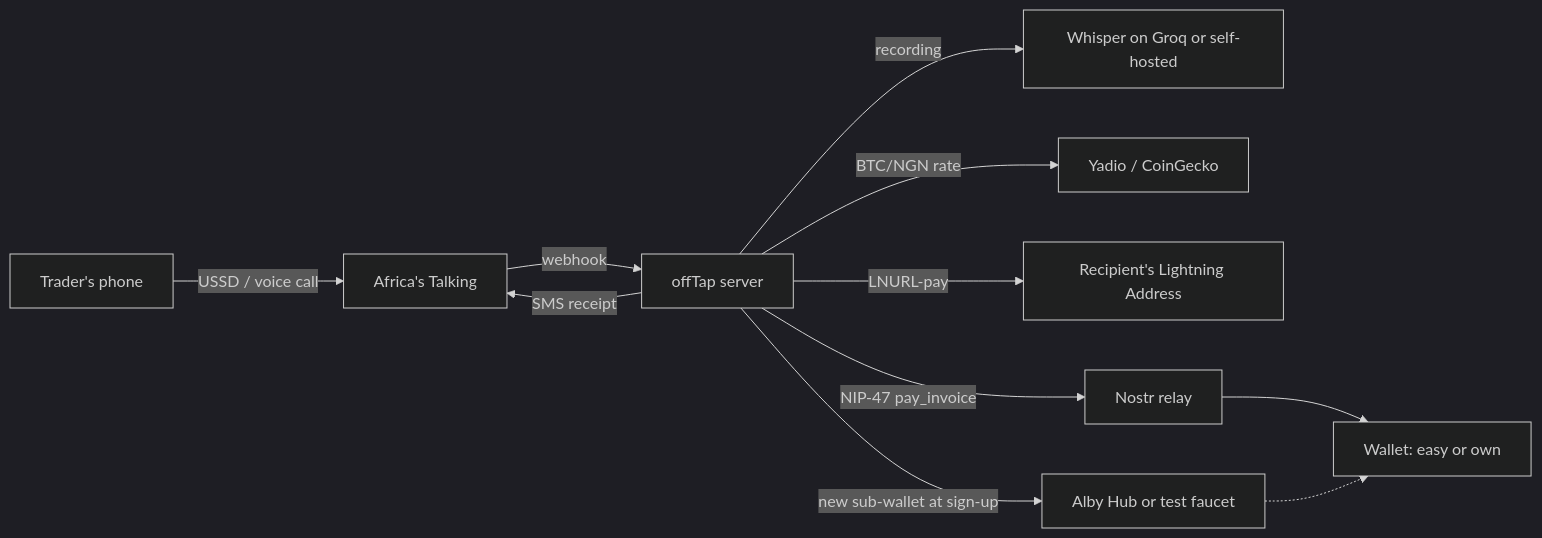
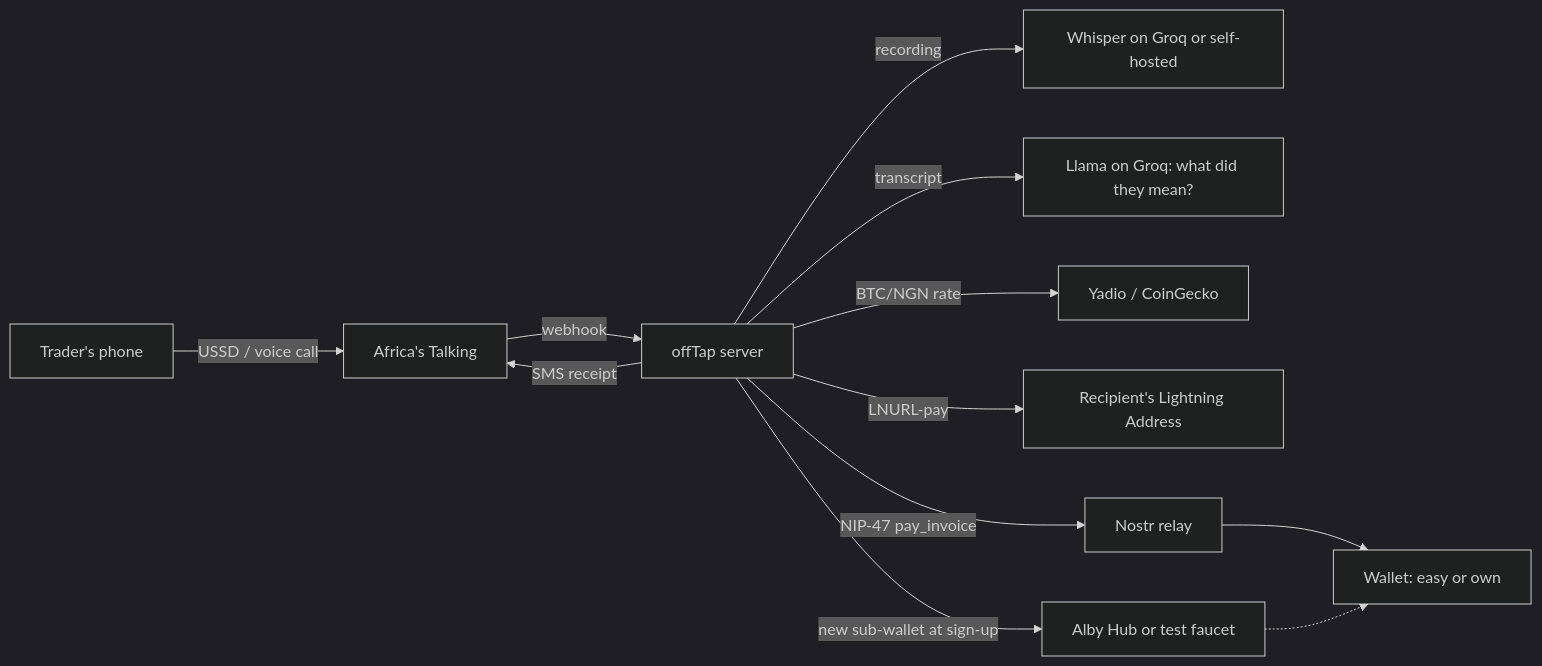
One commit to Alkamal01/offTap changed the diagram in README.md. Above: the diagram before and after it, drawn with Mermaid (dark theme). The commit also changed other lines of this file and 3 other files, not shown here.

````diff
--- a/README.md
+++ b/README.md
@@ -48,13 +54,14 @@
 ```mermaid
 flowchart LR
     phone[Trader's phone] -->|USSD / voice call| at[Africa's Talking]
     at -->|webhook| api[offTap server]
     api -->|recording| stt[Whisper on Groq or self-hosted]
+    api -->|transcript| llm[Llama on Groq: what did they mean?]
     api -->|BTC/NGN rate| oracle[Yadio / CoinGecko]
     api -->|LNURL-pay| recipient[Recipient's Lightning Address]
     api -->|NIP-47 pay_invoice| relay[Nostr relay]
     relay --> wallet[Wallet: easy or own]
     api -->|new sub-wallet at sign-up| hub[Alby Hub or test faucet]
     hub -.-> wallet
     api -->|SMS receipt| at
 ```
````
